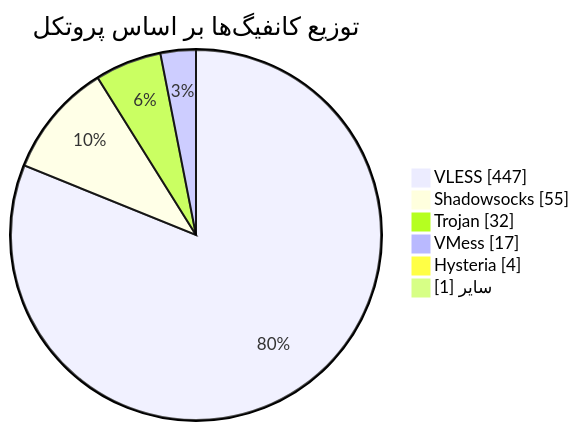
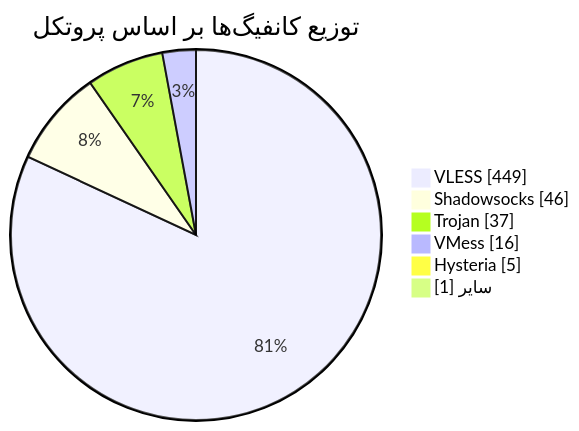
The diagram in README.md (Arian-Alijani/Somthing), drawn with Mermaid before and after one commit. The commit also changed other lines of this file and 73 other files, not shown here.

````diff
--- a/README.md
+++ b/README.md
@@ -48,10 +48,10 @@
 ```mermaid
 pie showData
     title توزیع کانفیگ‌ها بر اساس پروتکل
-    "VLESS" : 447
-    "Shadowsocks" : 55
-    "Trojan" : 32
-    "VMess" : 17
-    "Hysteria" : 4
+    "VLESS" : 449
+    "Shadowsocks" : 46
+    "Trojan" : 37
+    "VMess" : 16
+    "Hysteria" : 5
     "سایر" : 1
 ```
````
